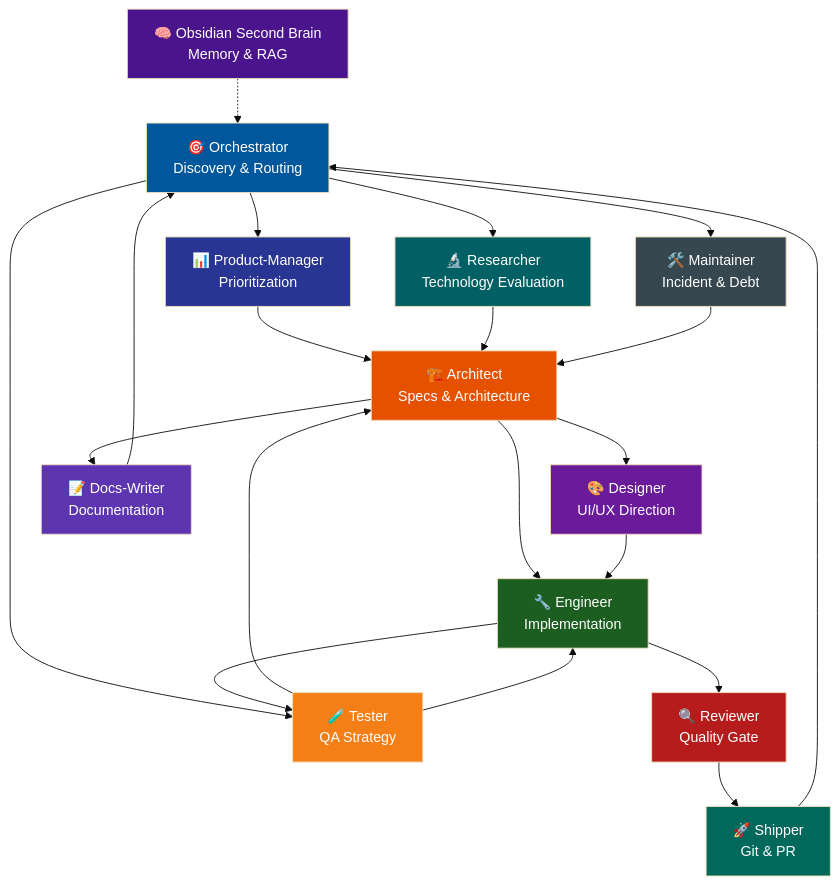
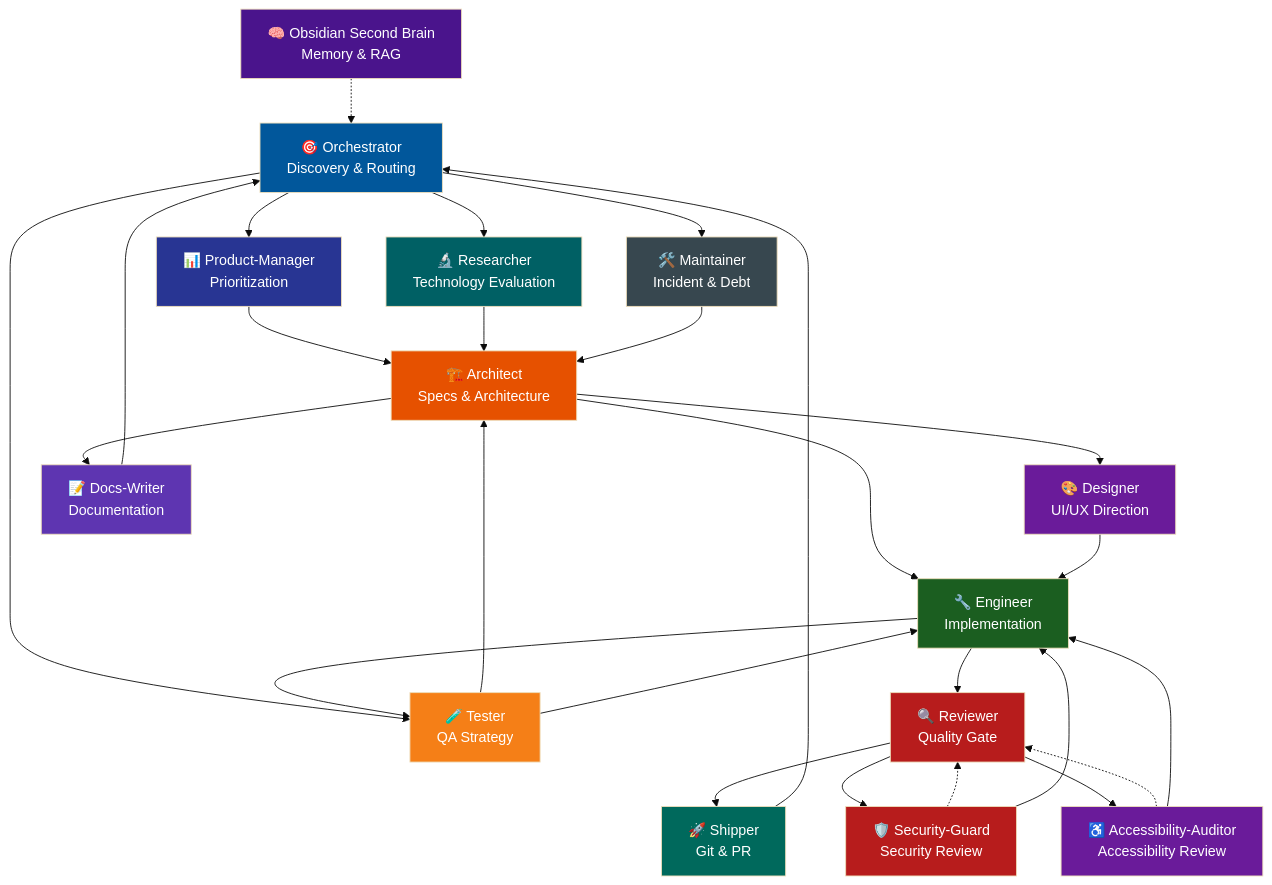
One commit to leorsousa05/CrewLoop changed the diagram in README.md. Above: the diagram before and after it, drawn with Mermaid (base theme). The commit also changed other lines of this file and 27 other files, not shown here.

````diff
--- a/README.md
+++ b/README.md
@@ -98,36 +77,44 @@
 ```mermaid
 flowchart TD
     O["🎯 Orchestrator<br>Discovery & Routing"]
     O --> PM["📊 Product-Manager<br>Prioritization"]
     O --> RS["🔬 Researcher<br>Technology Evaluation"]
     O --> MN["🛠️ Maintainer<br>Incident & Debt"]
     O --> T["🧪 Tester<br>QA Strategy"]
     PM --> A
     RS --> A
     MN --> A
     T --> A
     A["🏗️ Architect<br>Specs & Architecture"] --> D["🎨 Designer<br>UI/UX Direction"]
     A --> E["🔧 Engineer<br>Implementation"]
     A --> W["📝 Docs-Writer<br>Documentation"]
     D --> E
     E --> T
     T --> E
     E --> R["🔍 Reviewer<br>Quality Gate"]
     R --> S["🚀 Shipper<br>Git & PR"]
     S --> O
     W --> O
     OB["🧠 Obsidian Second Brain<br>Memory & RAG"] -.-> O
+    SG["🛡️ Security-Guard<br>Security Review"] -.-> R
+    AA["♿ Accessibility-Auditor<br>Accessibility Review"] -.-> R
+    R --> SG
+    R --> AA
+    SG --> E
+    AA --> E
 
     style O fill:#01579b,color:#fff
     style A fill:#e65100,color:#fff
     style D fill:#6a1b9a,color:#fff
     style E fill:#1b5e20,color:#fff
     style R fill:#b71c1c,color:#fff
     style S fill:#00695c,color:#fff
     style W fill:#5e35b1,color:#fff
     style T fill:#f57f17,color:#fff
     style PM fill:#283593,color:#fff
     style RS fill:#006064,color:#fff
     style MN fill:#37474f,color:#fff
     style OB fill:#4a148c,color:#fff
+    style SG fill:#b71c1c,color:#fff
+    style AA fill:#6a1b9a,color:#fff
 ```
````
